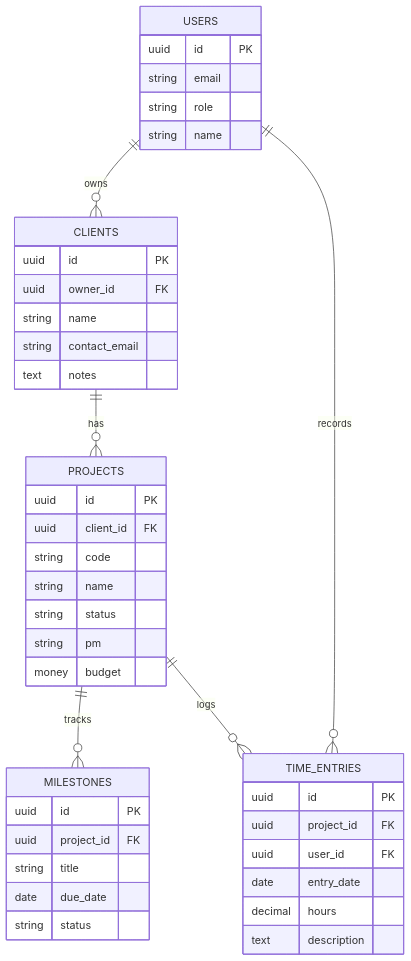
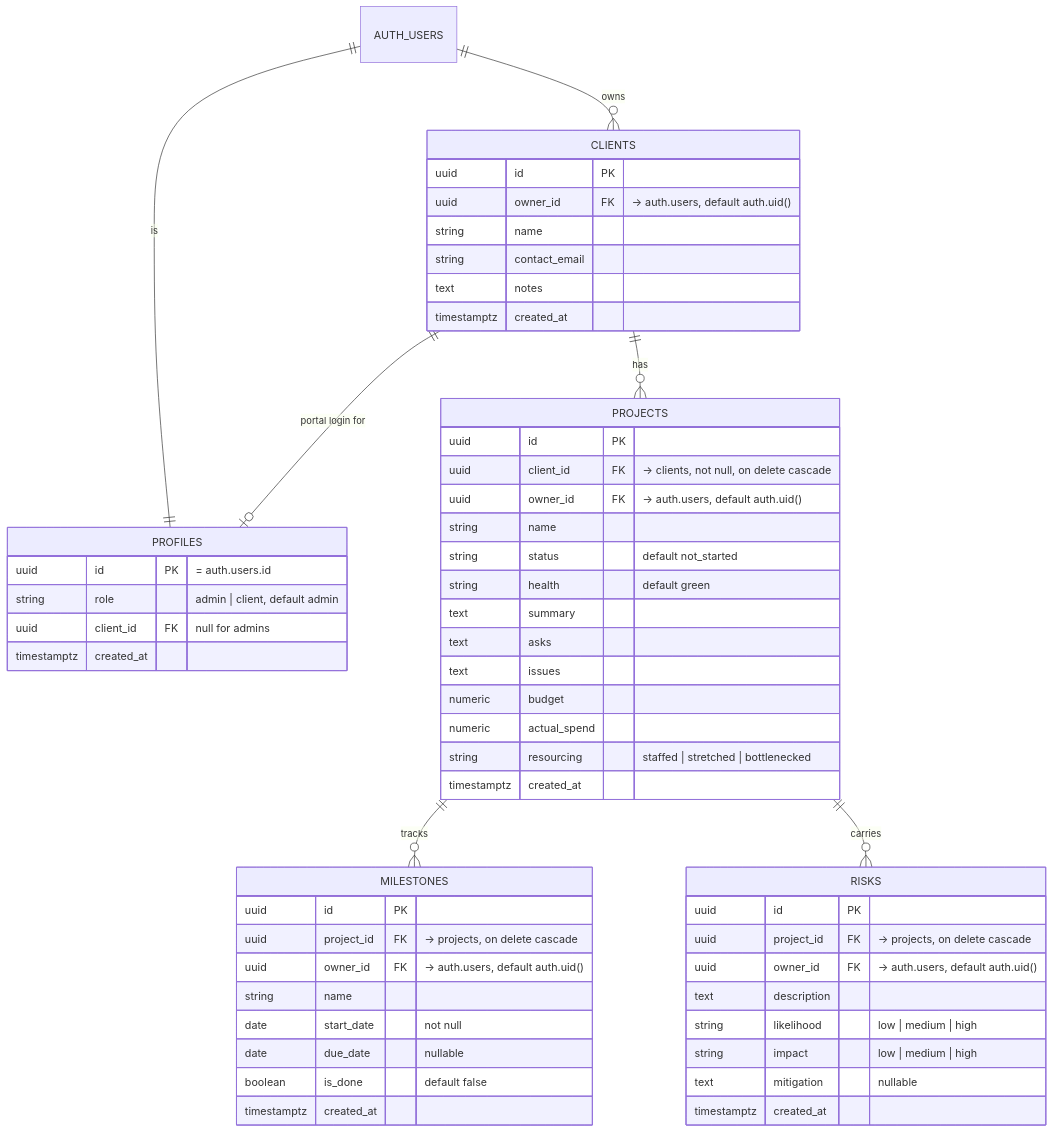
The diagram in client-portal/docs/data-model.md (kavehasad-cloud/vibe-coding), drawn with Mermaid before and after one commit. The commit also changed other lines of this file and 1 other file, not shown here.

Commit message:
docs: sync data-model to live schema, add decisions log (ADR)

````diff
--- a/client-portal/docs/data-model.md
+++ b/client-portal/docs/data-model.md
@@ -12,45 +12,59 @@
 ```mermaid
 erDiagram
-  USERS ||--o{ CLIENTS : owns
+  AUTH_USERS ||--|| PROFILES : "is"
+  AUTH_USERS ||--o{ CLIENTS : owns
+  CLIENTS ||--o| PROFILES : "portal login for"
   CLIENTS ||--o{ PROJECTS : has
   PROJECTS ||--o{ MILESTONES : tracks
-  PROJECTS ||--o{ TIME_ENTRIES : logs
-  USERS ||--o{ TIME_ENTRIES : records
-  USERS {
-    uuid id PK
-    string email
-    string role
-    string name
+  PROJECTS ||--o{ RISKS : carries
+
+  PROFILES {
+    uuid id PK "= auth.users.id"
+    string role "admin | client, default admin"
+    uuid client_id FK "null for admins"
+    timestamptz created_at
   }
   CLIENTS {
     uuid id PK
-    uuid owner_id FK
+    uuid owner_id FK "-> auth.users, default auth.uid()"
     string name
     string contact_email
     text notes
+    timestamptz created_at
   }
   PROJECTS {
     uuid id PK
-    uuid client_id FK
-    string code
+    uuid client_id FK "-> clients, not null, on delete cascade"
+    uuid owner_id FK "-> auth.users, default auth.uid()"
     string name
-    string status
-    string pm
-    money budget
+    string status "default not_started"
+    string health "default green"
+    text summary
+    text asks
+    text issues
+    numeric budget
+    numeric actual_spend
+    string resourcing "staffed | stretched | bottlenecked"
+    timestamptz created_at
   }
   MILESTONES {
     uuid id PK
-    uuid project_id FK
-    string title
-    date due_date
-    string status
+    uuid project_id FK "-> projects, on delete cascade"
+    uuid owner_id FK "-> auth.users, default auth.uid()"
+    string name
+    date start_date "not null"
+    date due_date "nullable"
+    boolean is_done "default false"
+    timestamptz created_at
   }
-  TIME_ENTRIES {
+  RISKS {
     uuid id PK
-    uuid project_id FK
-    uuid user_id FK
-    date entry_date
-    decimal hours
+    uuid project_id FK "-> projects, on delete cascade"
+    uuid owner_id FK "-> auth.users, default auth.uid()"
     text description
+    string likelihood "low | medium | high"
+    string impact "low | medium | high"
+    text mitigation "nullable"
+    timestamptz created_at
   }
 ```
````
